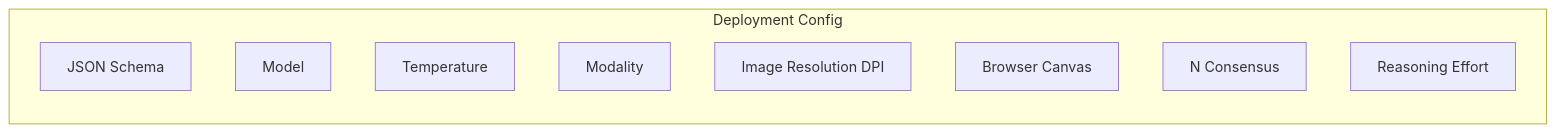
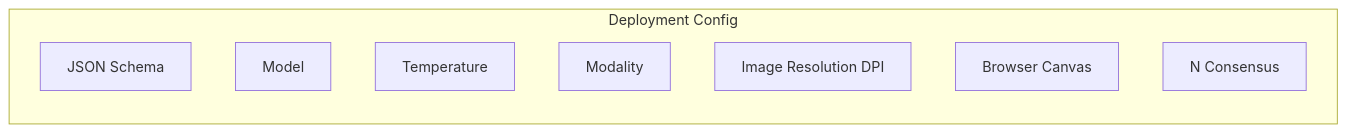
One commit to retab-dev/docs changed the second of 2 diagrams in core-concepts/Projects copy.mdx. Above: the diagram before and after it, drawn with Mermaid. The commit also changed other lines of this file and 14 other files, not shown here.

````diff
--- a/core-concepts/Projects copy.mdx
+++ b/core-concepts/Projects copy.mdx
@@ -225,13 +225,12 @@
 ```mermaid
 graph BT
     subgraph DS["Deployment Config"]
         JS["JSON Schema"]
         M["Model"]
         T["Temperature"]
         MOD["Modality"]
         DPI["Image Resolution DPI"]
         BC["Browser Canvas"]
         NC["N Consensus"]
-        RE["Reasoning Effort"]
     end
 ```
````
